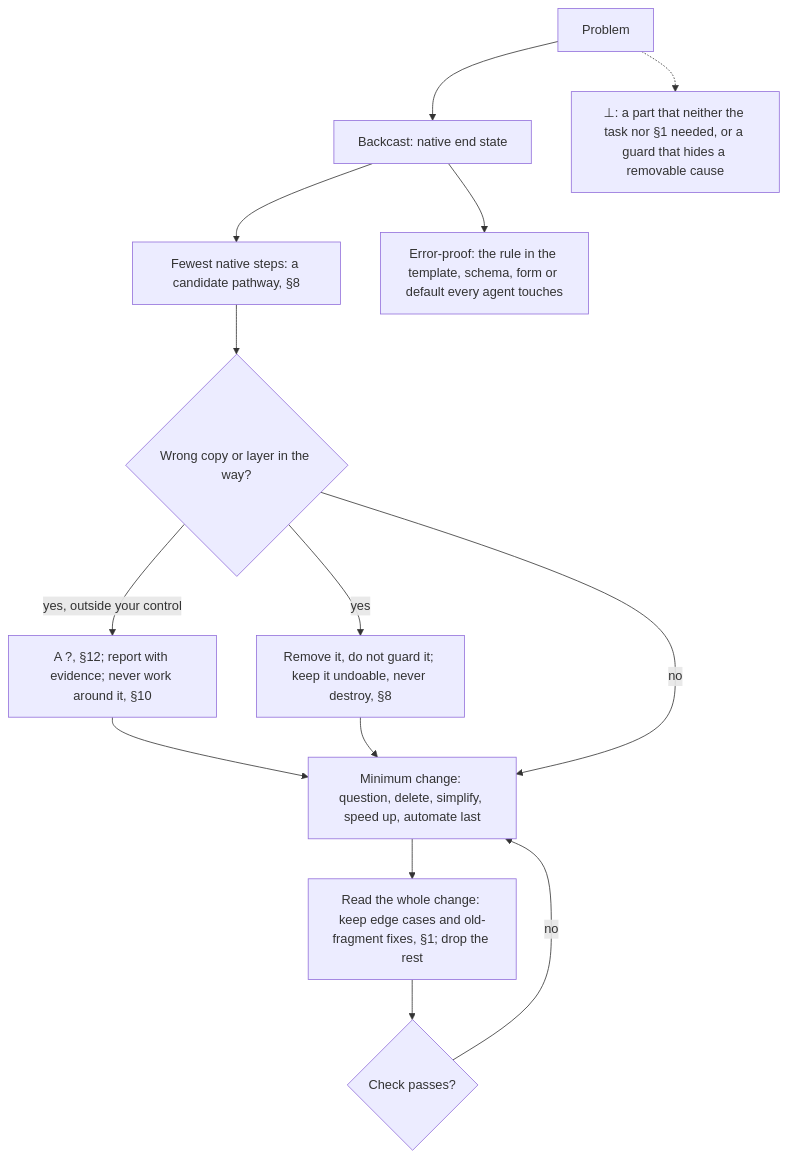
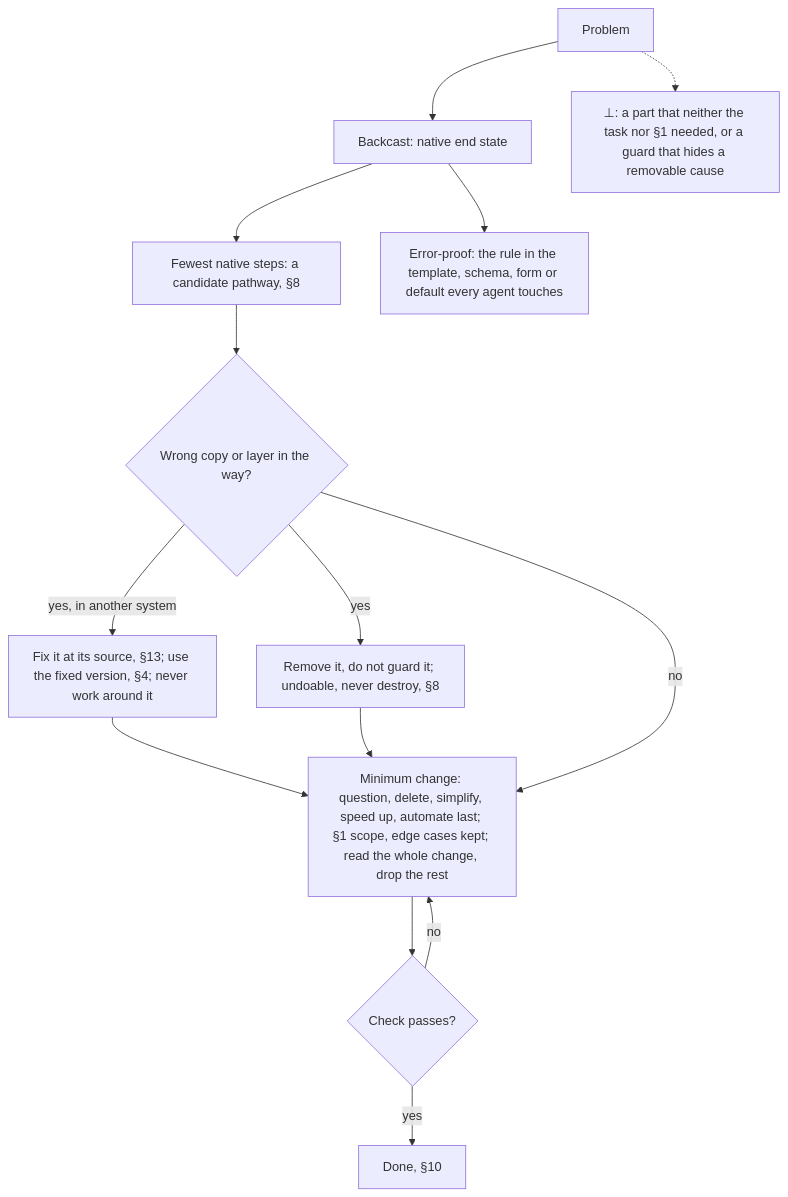
The tenth of 14 diagrams in AGENTS.md (SolenixAI/arbiter), drawn with Mermaid before and after one commit. The commit also changed other lines of this file and 5 other files, not shown here.

````diff
--- a/AGENTS.md
+++ b/AGENTS.md
@@ -480,11 +382,12 @@
 ```mermaid
 flowchart TD
   P[Problem] --> E["Backcast: native end state"] --> N["Fewest native steps: a candidate pathway, §8"]
   E --> RB["Error-proof: the rule in the template, schema, form or default every agent touches"]
   N --> W{Wrong copy or layer in the way?}
-  W -->|yes, outside your control| TU["A ?, §12; report with evidence; never work around it, §10"] --> M
-  W -->|yes| X["Remove it, do not guard it; keep it undoable, never destroy, §8"] --> M
-  W -->|no| M["Minimum change: question, delete, simplify, speed up, automate last"] --> D["Read the whole change: keep edge cases and old-fragment fixes, §1; drop the rest"] --> C{Check passes?}
+  W -->|yes, in another system| TU["Fix it at its source, §13; use the fixed version, §4; never work around it"] --> M
+  W -->|yes| X["Remove it, do not guard it; undoable, never destroy, §8"] --> M
+  W -->|no| M["Minimum change: question, delete, simplify, speed up, automate last; §1 scope, edge cases kept; read the whole change, drop the rest"] --> C{Check passes?}
   C -->|no| M
+  C -->|yes| DN["Done, §10"]
   P -.-> BOT["⊥: a part that neither the task nor §1 needed, or a guard that hides a removable cause"]
 ```
````
